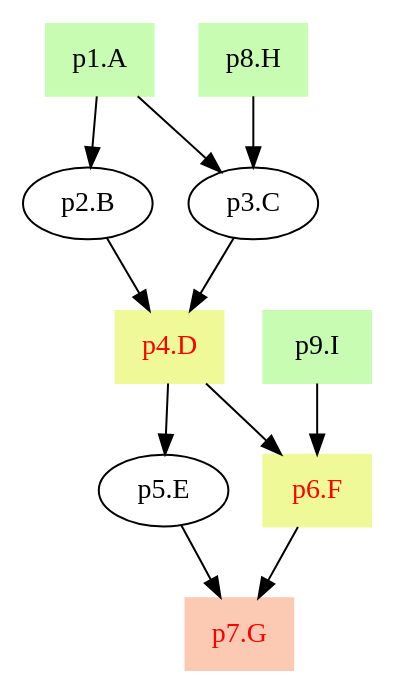
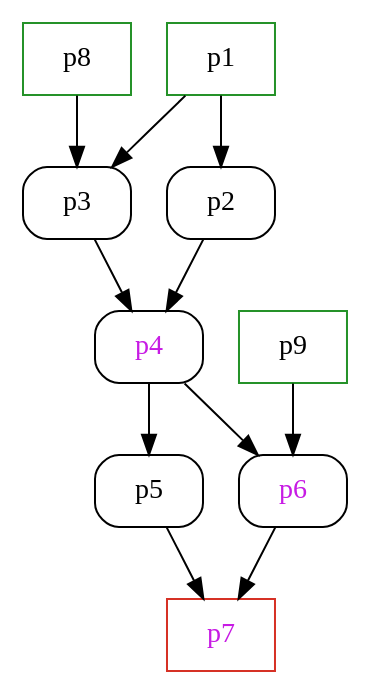
One commit to pwwang/pipen changed the diagram in README.md. Above: the diagram before and after it, drawn with Graphviz. The commit also changed other lines of this file and 22 other files, not shown here.

````diff
--- a/README.md
+++ b/README.md
@@ -426,20 +421,23 @@
 ```dot
 digraph PyPPL {
-	"p1.A" -> "p2.B"
-	"p1.A" -> "p3.C"
-	"p8.H" -> "p3.C"
-	"p2.B" -> "p4.D"
-	"p3.C" -> "p4.D"
-	"p4.D" -> "p5.E"
-	"p4.D" -> "p6.F"
-	"p9.I" -> "p6.F"
-	"p5.E" -> "p7.G"
-	"p6.F" -> "p7.G"
-	"p6.F" [shape=box, style=filled, color="#f0f998", fontcolor=red]
-	"p1.A" [shape=box, style=filled, color="#c9fcb3"]
-	"p8.H" [shape=box, style=filled, color="#c9fcb3"]
-	"p9.I" [shape=box, style=filled, color="#c9fcb3"]
-	"p7.G" [shape=box, style=filled, color="#fcc9b3" fontcolor=red]
-	"p4.D" [shape=box, style=filled, color="#f0f998", fontcolor=red]
+    "p8" [color="#259229" fillcolor="#ffffff" fontcolor="#000000" shape="box" style="filled"]
+    "p1" [color="#259229" fillcolor="#ffffff" fontcolor="#000000" shape="box" style="filled"]
+    "p9" [color="#259229" fillcolor="#ffffff" fontcolor="#000000" shape="box" style="filled"]
+    "p7" [color="#d63125" fillcolor="#ffffff" fontcolor="#c71be4" shape="box" style="filled"]
+    "p5" [color="#000000" fillcolor="#ffffff" fontcolor="#000000" shape="box" style="rounded,filled"]
+    "p4" [color="#000000" fillcolor="#ffffff" fontcolor="#c71be4" shape="box" style="rounded,filled"]
+    "p2" [color="#000000" fillcolor="#ffffff" fontcolor="#000000" shape="box" style="rounded,filled"]
+    "p3" [color="#000000" fillcolor="#ffffff" fontcolor="#000000" shape="box" style="rounded,filled"]
+    "p6" [color="#000000" fillcolor="#ffffff" fontcolor="#c71be4" shape="box" style="rounded,filled"]
+    "p2" -> "p4"
+    "p3" -> "p4"
+    "p1" -> "p2"
+    "p1" -> "p3"
+    "p6" -> "p7"
+    "p4" -> "p5"
+    "p4" -> "p6"
+    "p5" -> "p7"
+    "p8" -> "p3"
+    "p9" -> "p6"
 }
 ```
````
